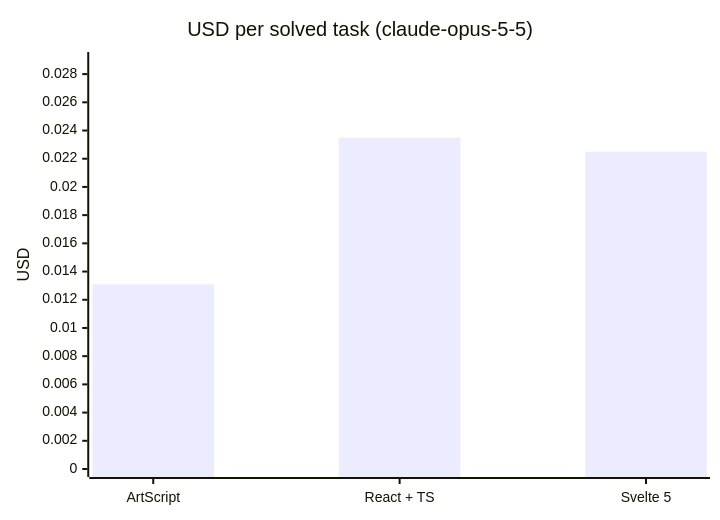
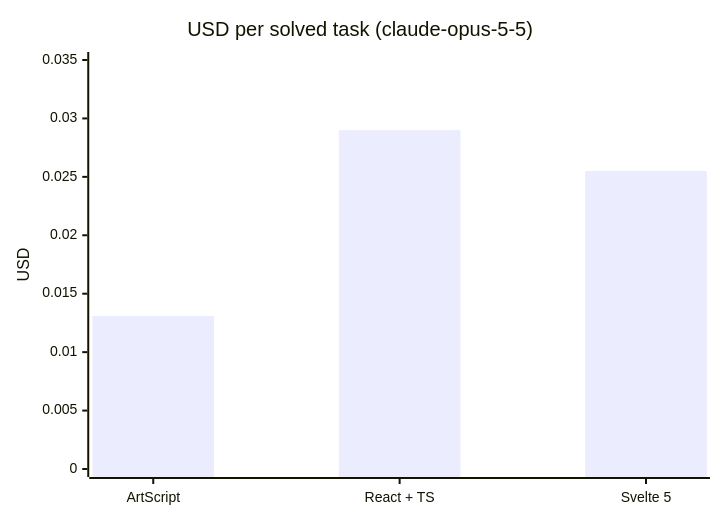
One commit to leb90/ArtScript changed the first of 3 diagrams in README.md. Above: the diagram before and after it, drawn with Mermaid. The commit also changed other lines of this file and 6 other files, not shown here.

````diff
--- a/README.md
+++ b/README.md
@@ -201,7 +201,7 @@
 ```mermaid
 xychart-beta
     title "USD per solved task (claude-opus-5-5)"
     x-axis ["ArtScript", "React + TS", "Svelte 5"]
-    y-axis "USD" 0 --> 0.029
-    bar [0.0131, 0.0235, 0.0225]
+    y-axis "USD" 0 --> 0.035
+    bar [0.0131, 0.0290, 0.0255]
 ```
````
